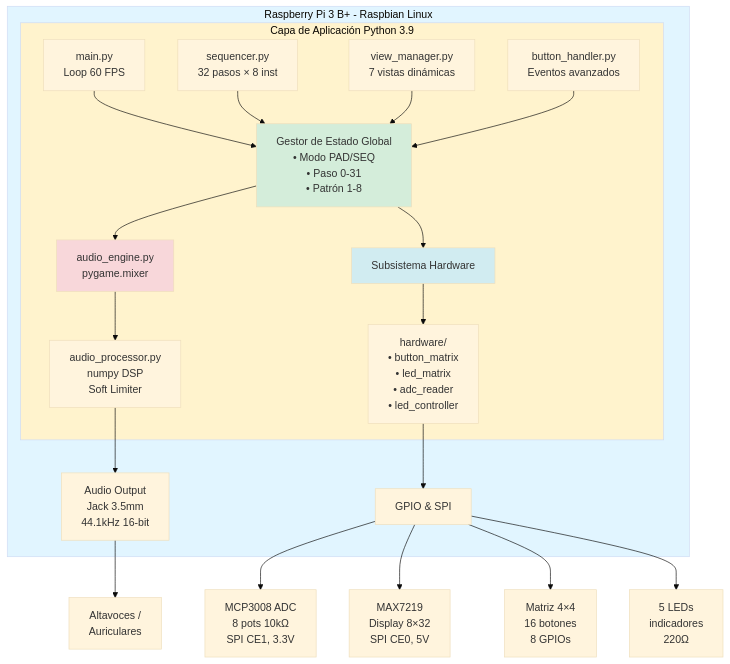
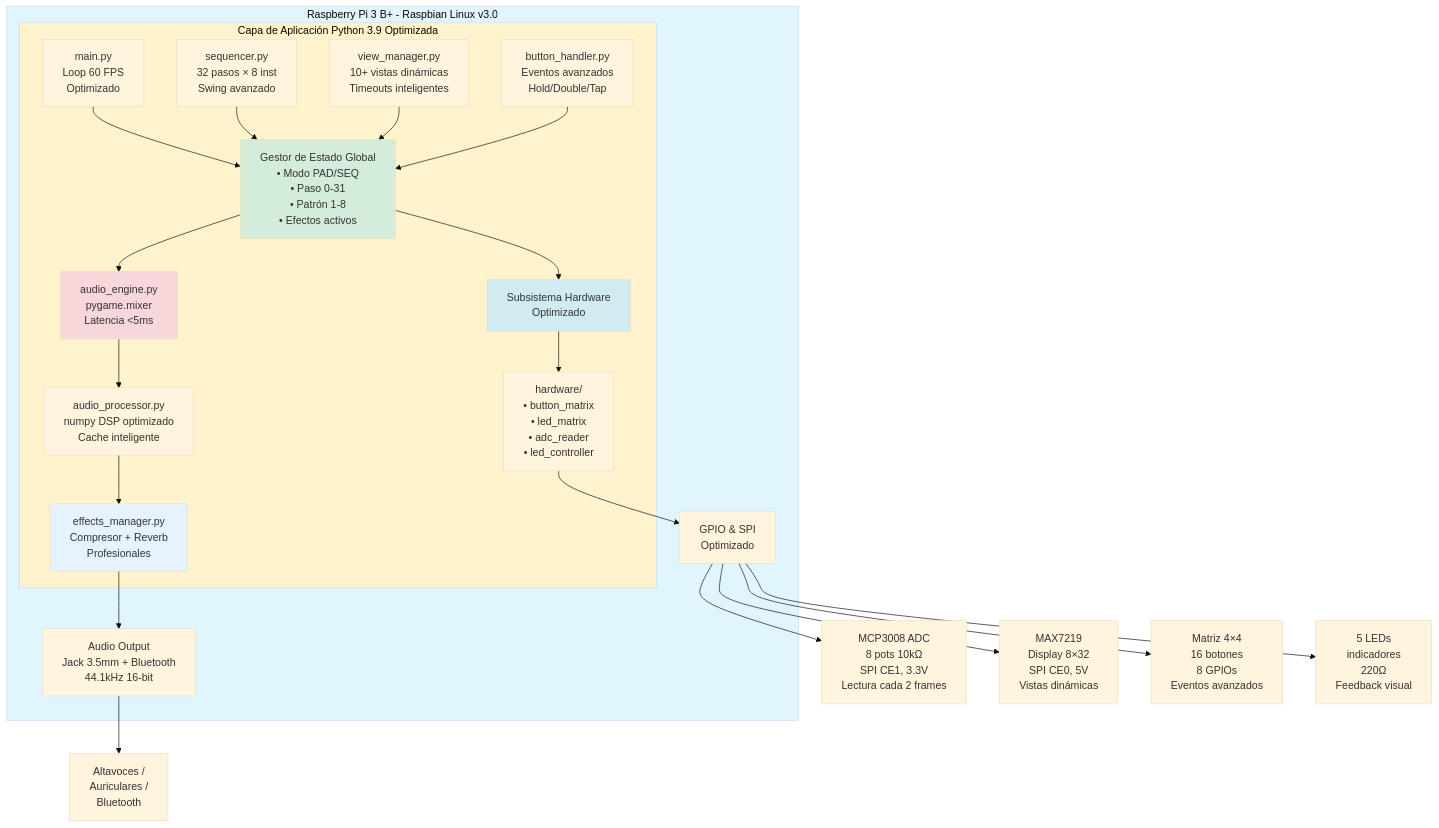
Before and after one commit to Camionerou/TP-FINAL-2025-Drum-Machine: the second of 10 diagrams in docs/INFORME_TECNICO_PRODUCTO.md, drawn with Mermaid (base theme). The commit also changed other lines of this file, not shown here.

````diff
--- a/docs/INFORME_TECNICO_PRODUCTO.md
+++ b/docs/INFORME_TECNICO_PRODUCTO.md
@@ -331,39 +414,41 @@
 ```mermaid
 graph TB
-    subgraph RPi["Raspberry Pi 3 B+ - Raspbian Linux"]
-        subgraph APP["Capa de Aplicación Python 3.9"]
-            MAIN[main.py<br/>Loop 60 FPS]
-            SEQ[sequencer.py<br/>32 pasos × 8 inst]
-            VIEW[view_manager.py<br/>7 vistas dinámicas]
-            BTN[button_handler.py<br/>Eventos avanzados]
+    subgraph RPi["Raspberry Pi 3 B+ - Raspbian Linux v3.0"]
+        subgraph APP["Capa de Aplicación Python 3.9 Optimizada"]
+            MAIN[main.py<br/>Loop 60 FPS<br/>Optimizado]
+            SEQ[sequencer.py<br/>32 pasos × 8 inst<br/>Swing avanzado]
+            VIEW[view_manager.py<br/>10+ vistas dinámicas<br/>Timeouts inteligentes]
+            BTN[button_handler.py<br/>Eventos avanzados<br/>Hold/Double/Tap]
             
-            MAIN --> STATE[Gestor de Estado Global<br/>• Modo PAD/SEQ<br/>• Paso 0-31<br/>• Patrón 1-8]
+            MAIN --> STATE[Gestor de Estado Global<br/>• Modo PAD/SEQ<br/>• Paso 0-31<br/>• Patrón 1-8<br/>• Efectos activos]
             SEQ --> STATE
             VIEW --> STATE
             BTN --> STATE
             
-            STATE --> AE[audio_engine.py<br/>pygame.mixer]
-            STATE --> HW[Subsistema Hardware]
+            STATE --> AE[audio_engine.py<br/>pygame.mixer<br/>Latencia <5ms]
+            STATE --> HW[Subsistema Hardware<br/>Optimizado]
             
-            AE --> PROC[audio_processor.py<br/>numpy DSP<br/>Soft Limiter]
+            AE --> PROC[audio_processor.py<br/>numpy DSP optimizado<br/>Cache inteligente]
+            PROC --> FX[effects_manager.py<br/>Compresor + Reverb<br/>Profesionales]
             
             HW --> GPIO[hardware/<br/>• button_matrix<br/>• led_matrix<br/>• adc_reader<br/>• led_controller]
         end
         
-        PROC --> AUDIO[Audio Output<br/>Jack 3.5mm<br/>44.1kHz 16-bit]
-        GPIO --> IFACE[GPIO & SPI]
+        FX --> AUDIO[Audio Output<br/>Jack 3.5mm + Bluetooth<br/>44.1kHz 16-bit]
+        GPIO --> IFACE[GPIO & SPI<br/>Optimizado]
     end
     
-    AUDIO --> OUT[Altavoces /<br/>Auriculares]
+    AUDIO --> OUT[Altavoces /<br/>Auriculares /<br/>Bluetooth]
     
-    IFACE --> MCP[MCP3008 ADC<br/>8 pots 10kΩ<br/>SPI CE1, 3.3V]
-    IFACE --> MAX[MAX7219<br/>Display 8×32<br/>SPI CE0, 5V]
-    IFACE --> MAT[Matriz 4×4<br/>16 botones<br/>8 GPIOs]
-    IFACE --> LEDS[5 LEDs<br/>indicadores<br/>220Ω]
+    IFACE --> MCP[MCP3008 ADC<br/>8 pots 10kΩ<br/>SPI CE1, 3.3V<br/>Lectura cada 2 frames]
+    IFACE --> MAX[MAX7219<br/>Display 8×32<br/>SPI CE0, 5V<br/>Vistas dinámicas]
+    IFACE --> MAT[Matriz 4×4<br/>16 botones<br/>8 GPIOs<br/>Eventos avanzados]
+    IFACE --> LEDS[5 LEDs<br/>indicadores<br/>220Ω<br/>Feedback visual]
     
     style RPi fill:#e1f5ff
     style APP fill:#fff3cd
     style STATE fill:#d4edda
     style AE fill:#f8d7da
     style HW fill:#d1ecf1
+    style FX fill:#e6f3ff
 ```
````
